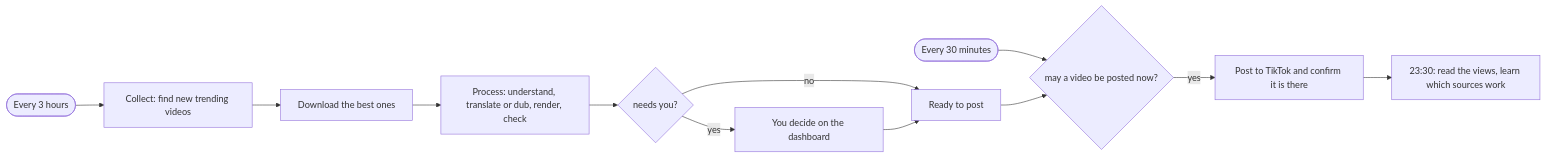
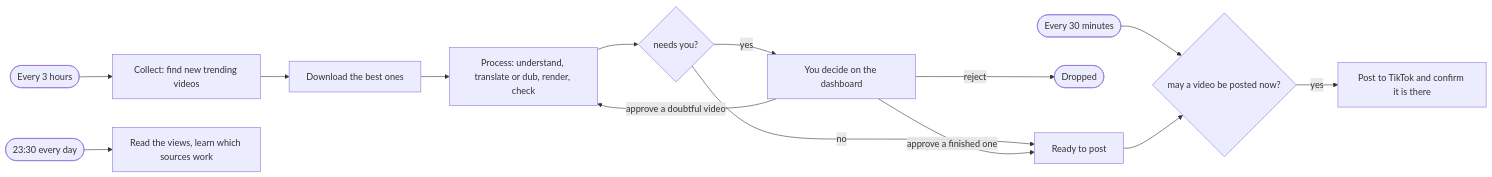
One commit to Thuy200226/trendvn changed the first of 4 diagrams in docs/FLOWS.md. Above: the diagram before and after it, drawn with Mermaid. The commit also changed other lines of this file and 12 other files, not shown here.

````diff
--- a/docs/FLOWS.md
+++ b/docs/FLOWS.md
@@ -16,14 +16,16 @@
 ```mermaid
 flowchart LR
   S1(["Every 3 hours"]) --> C["Collect: find new trending videos"]
   C --> D["Download the best ones"]
   D --> P["Process: understand, translate or dub, render, check"]
   P --> R{"needs you?"}
   R -- yes --> Y["You decide on the dashboard"]
   R -- no --> Q["Ready to post"]
-  Y --> Q
+  Y -->|"approve a doubtful video"| P
+  Y -->|"approve a finished one"| Q
+  Y -->|"reject"| X(["Dropped"])
   S2(["Every 30 minutes"]) --> G{"may a video be posted now?"}
   Q --> G
   G -- yes --> T["Post to TikTok and confirm it is there"]
-  T --> L["23:30: read the views, learn which sources work"]
+  S3(["23:30 every day"]) --> L["Read the views, learn which sources work"]
 ```
````
